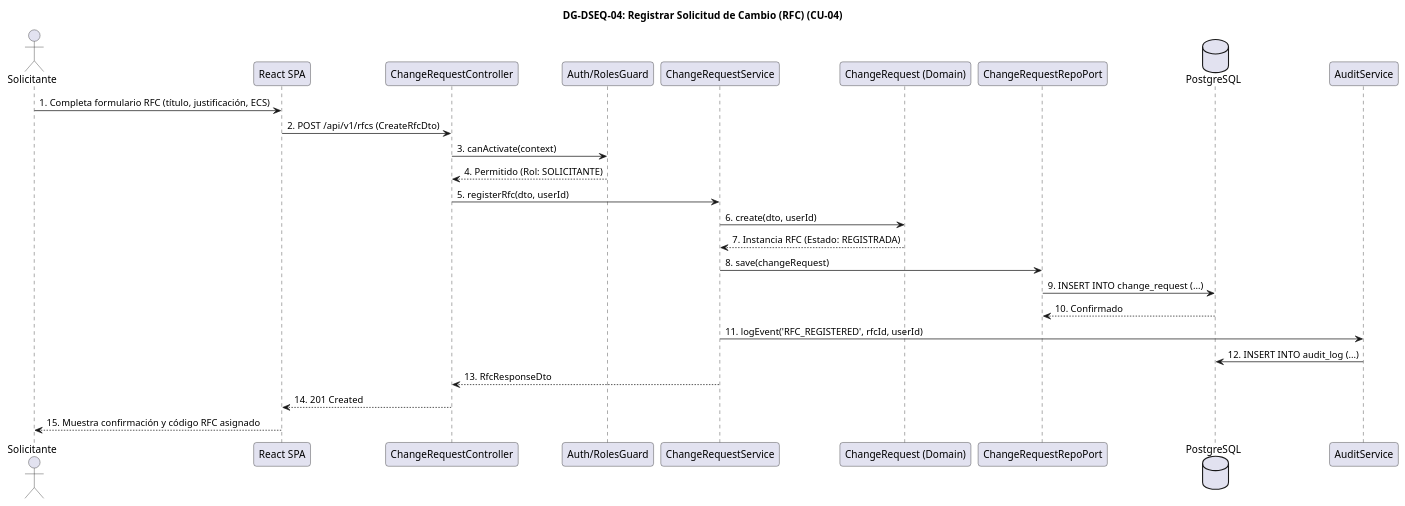
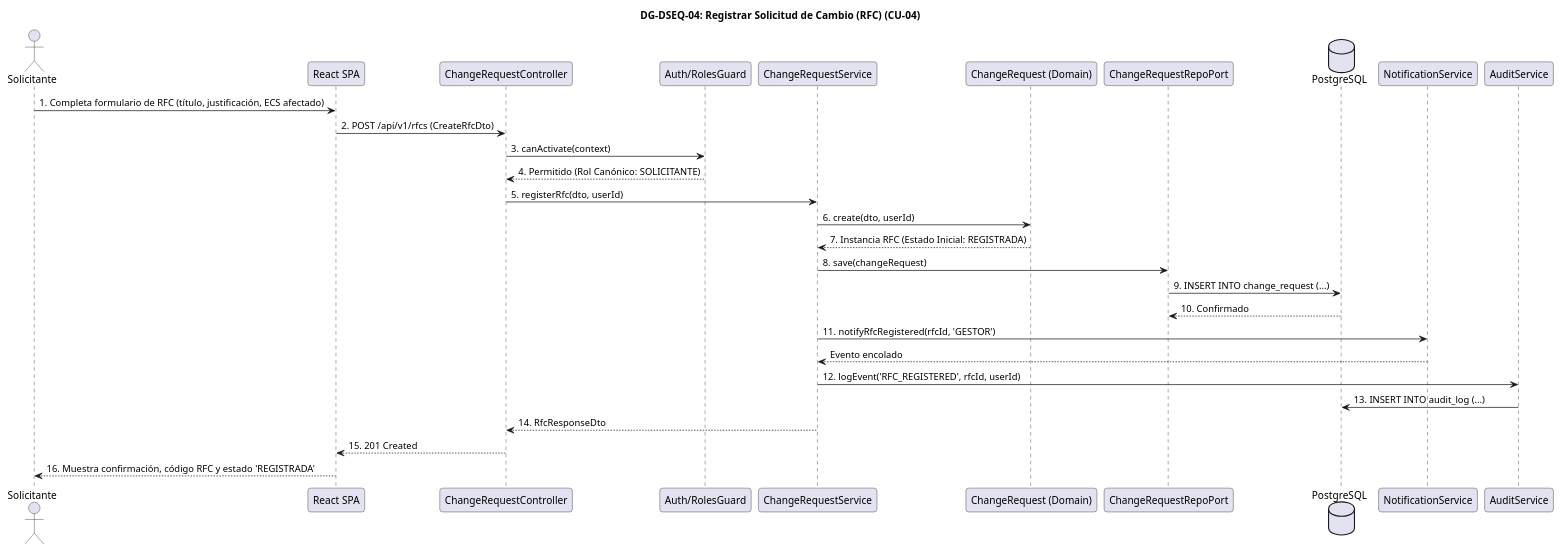
Before and after one commit to JMedina255/TraceFlow: the sixth of 15 diagrams in FD05-EPIS-Informe_SAD_Diseno.md, drawn with PlantUML. The commit also changed other lines of this file and 6 other files, not shown here.

````diff
--- a/FD05-EPIS-Informe_SAD_Diseno.md
+++ b/FD05-EPIS-Informe_SAD_Diseno.md
@@ -1328,36 +1358,39 @@
 ```plantuml
 @startuml
 skinparam shadowing false
 skinparam roundcorner 8
 skinparam defaultFontName Arial
 
 title <b>DG-DSEQ-04: Registrar Solicitud de Cambio (RFC) (CU-04)</b>
 
 actor "Solicitante" as Actor
 participant "React SPA" as UI
 participant "ChangeRequestController" as Ctrl
 participant "Auth/RolesGuard" as Guard
 participant "ChangeRequestService" as Service
 participant "ChangeRequest (Domain)" as Domain
 participant "ChangeRequestRepoPort" as Repo
 database "PostgreSQL" as DB
+participant "NotificationService" as Notify
 participant "AuditService" as Audit
 
-Actor -> UI : 1. Completa formulario RFC (título, justificación, ECS)
+Actor -> UI : 1. Completa formulario de RFC (título, justificación, ECS afectado)
 UI -> Ctrl : 2. POST /api/v1/rfcs (CreateRfcDto)
 Ctrl -> Guard : 3. canActivate(context)
-Guard --> Ctrl : 4. Permitido (Rol: SOLICITANTE)
+Guard --> Ctrl : 4. Permitido (Rol Canónico: SOLICITANTE)
 Ctrl -> Service : 5. registerRfc(dto, userId)
 Service -> Domain : 6. create(dto, userId)
-Domain --> Service : 7. Instancia RFC (Estado: REGISTRADA)
+Domain --> Service : 7. Instancia RFC (Estado Inicial: REGISTRADA)
 Service -> Repo : 8. save(changeRequest)
 Repo -> DB : 9. INSERT INTO change_request (...)
 DB --> Repo : 10. Confirmado
-Service -> Audit : 11. logEvent('RFC_REGISTERED', rfcId, userId)
-Audit -> DB : 12. INSERT INTO audit_log (...)
-Service --> Ctrl : 13. RfcResponseDto
-Ctrl --> UI : 14. 201 Created
-UI --> Actor : 15. Muestra confirmación y código RFC asignado
+Service -> Notify : 11. notifyRfcRegistered(rfcId, 'GESTOR')
+Notify --> Service : Evento encolado
+Service -> Audit : 12. logEvent('RFC_REGISTERED', rfcId, userId)
+Audit -> DB : 13. INSERT INTO audit_log (...)
+Service --> Ctrl : 14. RfcResponseDto
+Ctrl --> UI : 15. 201 Created
+UI --> Actor : 16. Muestra confirmación, código RFC y estado 'REGISTRADA'
 
 @enduml
 ```
````
